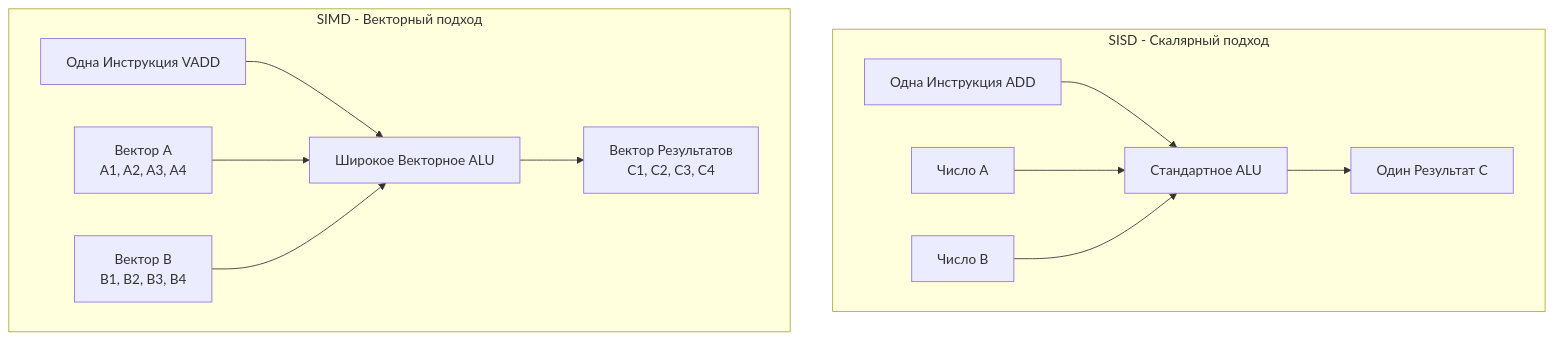
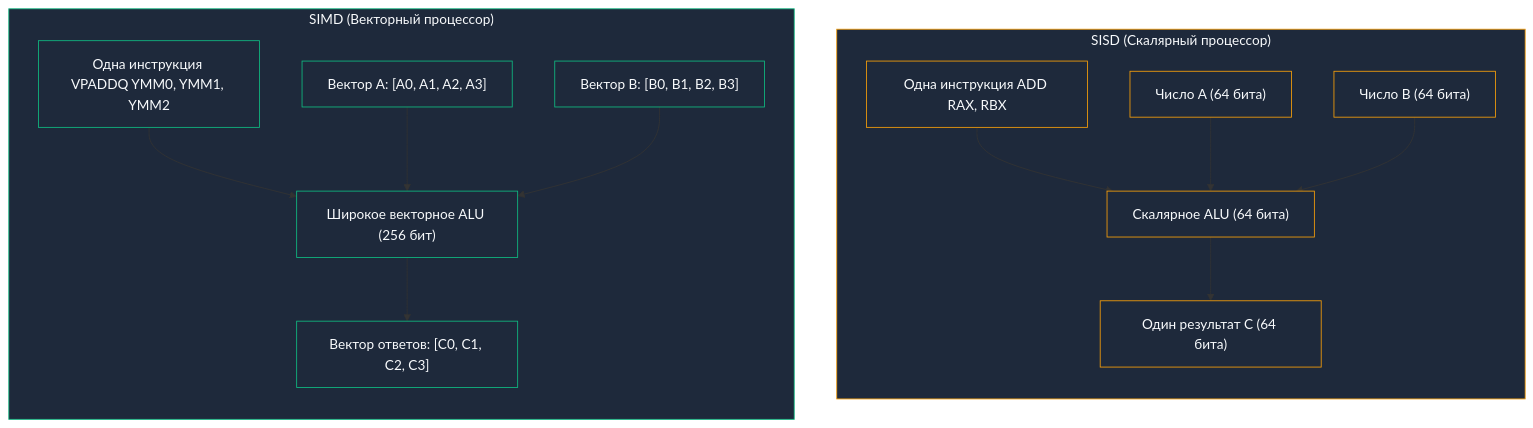
Before and after one commit to UnrealTemplier/go-textbook: the first of 2 diagrams in sources/1. Архитектура компьютера/14. SIMD. Single Instruction Multiple Data.md, drawn with Mermaid. The commit also changed other lines of this file, not shown here.

Commit message:
feat(module-01): editorial rewrite of Article 14 (SIMD) in Kernighan style

````diff
--- a/sources/1. Архитектура компьютера/14. SIMD. Single Instruction Multiple Data.md
+++ b/sources/1. Архитектура компьютера/14. SIMD. Single Instruction Multiple Data.md
@@ -26,16 +37,23 @@
 ```mermaid
 flowchart TD
-    subgraph SISD["SISD - Скалярный подход"]
-        Instr1["Одна Инструкция ADD"] --> ALU1["Стандартное ALU"]
-        A1["Число A"] --> ALU1
-        B1["Число B"] --> ALU1
-        ALU1 --> Res1["Один Результат C"]
+    subgraph SISD ["SISD (Скалярный процессор)"]
+        direction TB
+        Instr1["Одна инструкция ADD RAX, RBX"] --> ALU1["Скалярное ALU (64 бита)"]
+        D_A1["Число A (64 бита)"] --> ALU1
+        D_B1["Число B (64 бита)"] --> ALU1
+        ALU1 --> Res1["Один результат C (64 бита)"]
     end
 
-    subgraph SIMD["SIMD - Векторный подход"]
-        InstrV["Одна Инструкция VADD"] --> ALU_V["Широкое Векторное ALU"]
-        AV["Вектор A<br>A1, A2, A3, A4"] --> ALU_V
-        BV["Вектор B<br>B1, B2, B3, B4"] --> ALU_V
-        ALU_V --> ResV["Вектор Результатов<br>C1, C2, C3, C4"]
+    subgraph SIMD ["SIMD (Векторный процессор)"]
+        direction TB
+        InstrV["Одна инструкция VPADDQ YMM0, YMM1, YMM2"] --> ALU_V["Широкое векторное ALU (256 бит)"]
+        D_AV["Вектор A: [A0, A1, A2, A3]"] --> ALU_V
+        D_BV["Вектор B: [B0, B1, B2, B3]"] --> ALU_V
+        ALU_V --> ResV["Вектор ответов: [C0, C1, C2, C3]"]
     end
+
+    classDef sisd fill:#1e293b,stroke:#f59e0b,stroke-width:1px,color:#f8fafc;
+    classDef simd fill:#1e293b,stroke:#10b981,stroke-width:1px,color:#f8fafc;
+    class SISD,Instr1,ALU1,D_A1,D_B1,Res1 sisd;
+    class SIMD,InstrV,ALU_V,D_AV,D_BV,ResV simd;
 ```
````
